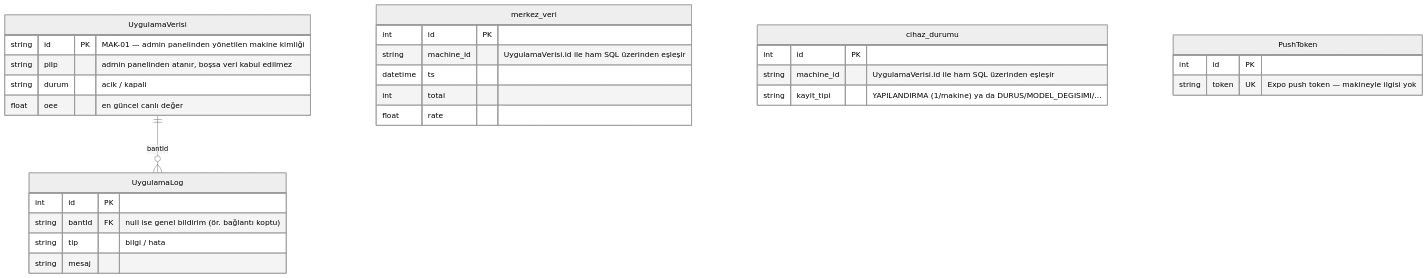
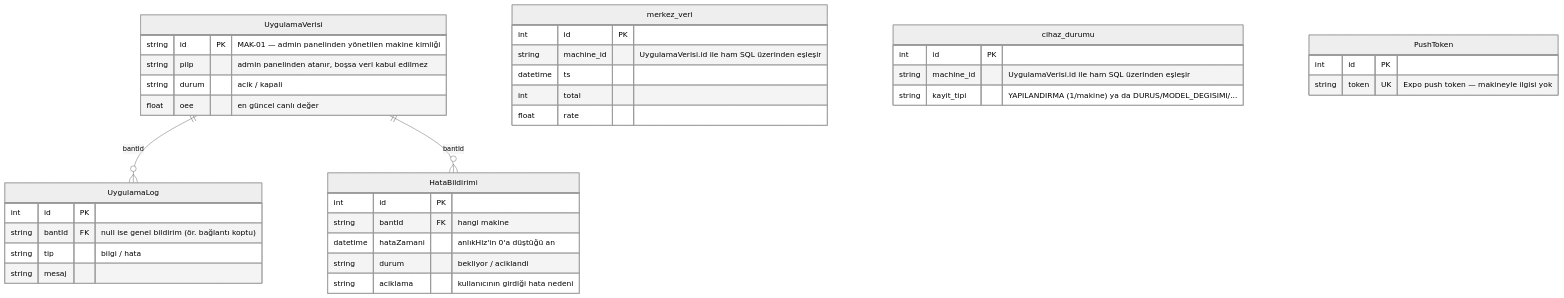
One commit to ata-dmrl/C-OBServer changed the second of 2 diagrams in README.md. Above: the diagram before and after it, drawn with Mermaid (neutral theme). The commit also changed other lines of this file and 12 other files, not shown here.

First line of the commit message:
Hat durdugunda hata bildirimi girisi ve PDF hata raporu ekle

````diff
--- a/README.md
+++ b/README.md
@@ -74,33 +74,41 @@
 ```mermaid
 erDiagram
     UygulamaVerisi ||--o{ UygulamaLog : "bantId"
+    UygulamaVerisi ||--o{ HataBildirimi : "bantId"
 
     UygulamaVerisi {
         string id PK "MAK-01 — admin panelinden yönetilen makine kimliği"
         string piIp "admin panelinden atanır, boşsa veri kabul edilmez"
         string durum "acik / kapali"
         float oee "en güncel canlı değer"
     }
     UygulamaLog {
         int id PK
         string bantId FK "null ise genel bildirim (ör. bağlantı koptu)"
         string tip "bilgi / hata"
         string mesaj
+    }
+    HataBildirimi {
+        int id PK
+        string bantId FK "hangi makine"
+        datetime hataZamani "anlıkHiz'in 0'a düştüğü an"
+        string durum "bekliyor / aciklandi"
+        string aciklama "kullanıcının girdiği hata nedeni"
     }
     merkez_veri {
         int id PK
         string machine_id "UygulamaVerisi.id ile ham SQL üzerinden eşleşir"
         datetime ts
         int total
         float rate
     }
     cihaz_durumu {
         int id PK
         string machine_id "UygulamaVerisi.id ile ham SQL üzerinden eşleşir"
         string kayit_tipi "YAPILANDIRMA (1/makine) ya da DURUS/MODEL_DEGISIMI/..."
     }
     PushToken {
         int id PK
         string token UK "Expo push token — makineyle ilgisi yok"
     }
 ```
````
